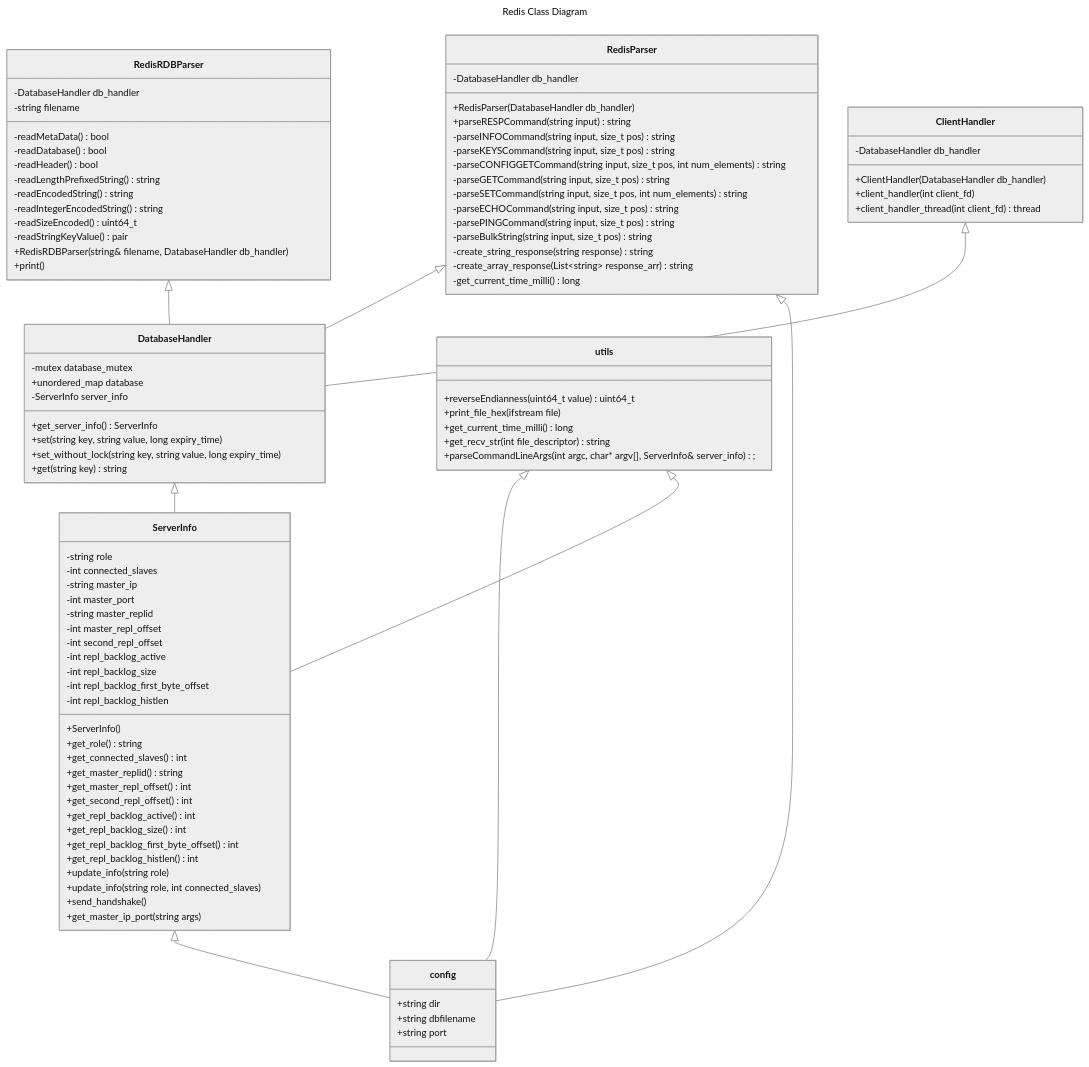
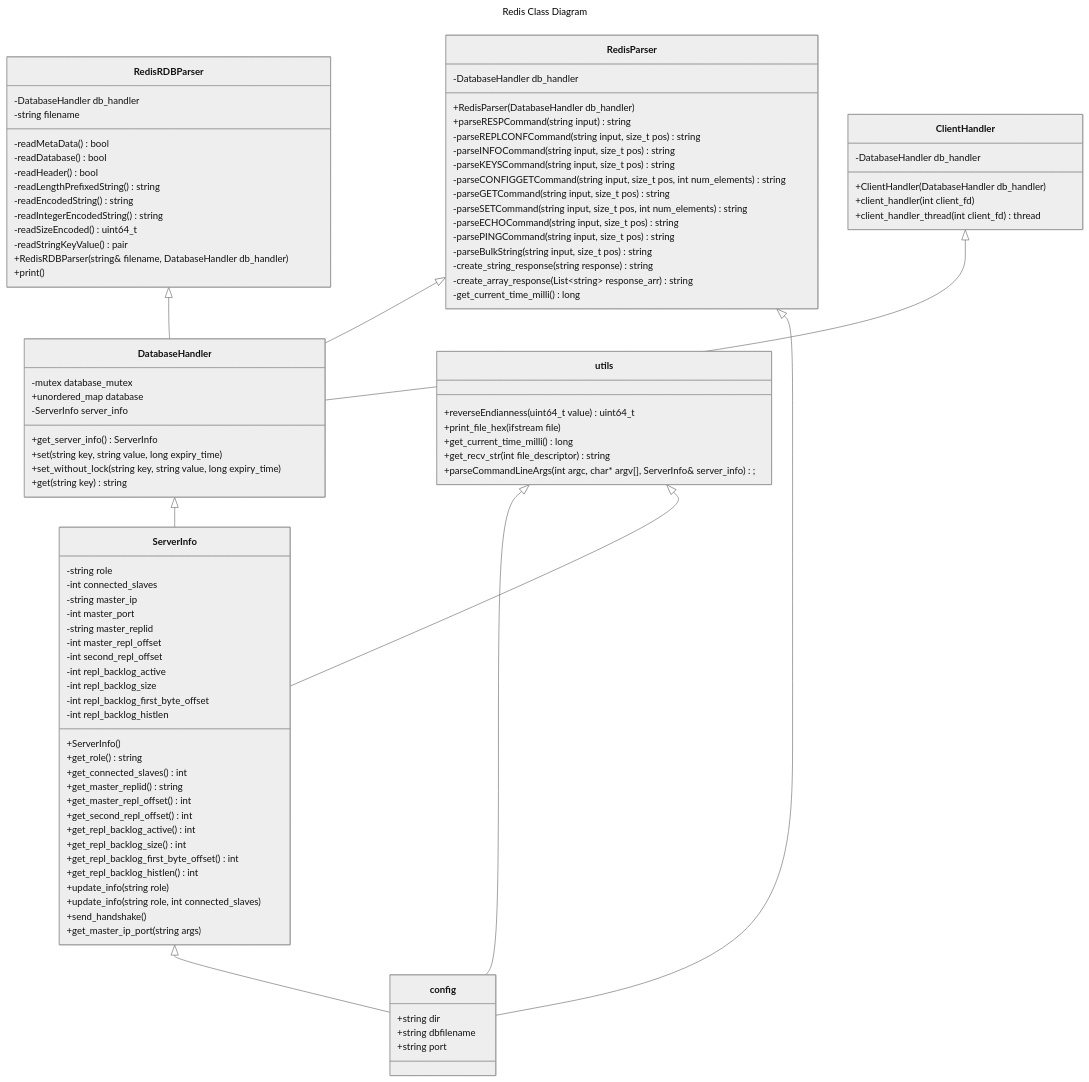
The diagram in class_diagram.mmd (aniketmahajan20/aniketmahajan20-redis-cpp), drawn with Mermaid (neutral theme) before and after one commit. The commit also changed 2 other files, not shown here.

```diff
--- a/class_diagram.mmd
+++ b/class_diagram.mmd
@@ -1,97 +1,98 @@
 ---
 title: Redis Class Diagram
 ---
 classDiagram
     RedisRDBParser <|-- DatabaseHandler
     ClientHandler <|-- DatabaseHandler
     RedisParser <|-- DatabaseHandler
     DatabaseHandler <|-- ServerInfo
     RedisParser <|-- config
     utils <|-- config
     ServerInfo <|-- config
     utils <|-- ServerInfo 
     class RedisRDBParser{
         -DatabaseHandler db_handler
         -string filename
         -readMetaData() bool
         -readDatabase() bool
         -readHeader() bool
         -readLengthPrefixedString() string
         -readEncodedString() string
         -readIntegerEncodedString() string
         -readSizeEncoded() uint64_t
         -readStringKeyValue() pair
         +RedisRDBParser(string& filename, DatabaseHandler db_handler)
         +print()
     }
     class DatabaseHandler{
         -mutex database_mutex
         +unordered_map database
         -ServerInfo server_info
         +get_server_info() ServerInfo
         +set(string key, string value, long expiry_time) 
         +set_without_lock(string key, string value, long expiry_time)
         +get(string key) string
     }
     class ClientHandler{ 
         +ClientHandler(DatabaseHandler db_handler)
         +client_handler(int client_fd)
         +client_handler_thread(int client_fd) thread
         -DatabaseHandler db_handler
     }
     class RedisParser{
         +RedisParser(DatabaseHandler db_handler)
         +parseRESPCommand(string input) string
         -DatabaseHandler db_handler
+        -parseREPLCONFCommand(string input, size_t pos) string
         -parseINFOCommand(string input, size_t pos) string
         -parseKEYSCommand(string input, size_t pos) string
         -parseCONFIGGETCommand(string input, size_t pos, int num_elements) string
         -parseGETCommand(string input, size_t pos) string
         -parseSETCommand(string input, size_t pos, int num_elements) string
         -parseECHOCommand(string input, size_t pos) string
         -parsePINGCommand(string input, size_t pos) string
         -parseBulkString(string input, size_t pos) string
         -create_string_response(string response) string
         -create_array_response(List~string~ response_arr) string
         -get_current_time_milli() long
     }
     class ServerInfo{
         +ServerInfo()
         +get_role() string
         +get_connected_slaves() int
         +get_master_replid() string
         +get_master_repl_offset() int
         +get_second_repl_offset() int
         +get_repl_backlog_active() int
         +get_repl_backlog_size() int
         +get_repl_backlog_first_byte_offset() int
         +get_repl_backlog_histlen() int
         +update_info(string role)
         +update_info(string role, int connected_slaves)
         +send_handshake()
         +get_master_ip_port(string args)
 
         -string role
         -int connected_slaves
         -string master_ip
         -int master_port
         -string master_replid
         -int master_repl_offset
         -int second_repl_offset
         -int repl_backlog_active
         -int repl_backlog_size
         -int repl_backlog_first_byte_offset
         -int repl_backlog_histlen
     }
     class config{
         +string dir
         +string dbfilename
         +string port
     }
     class utils{
         +reverseEndianness(uint64_t value) uint64_t
         +print_file_hex(ifstream file)
         +get_current_time_milli() long
         +get_recv_str(int file_descriptor) string
         +parseCommandLineArgs(int argc, char* argv[], ServerInfo& server_info);
     }
```
